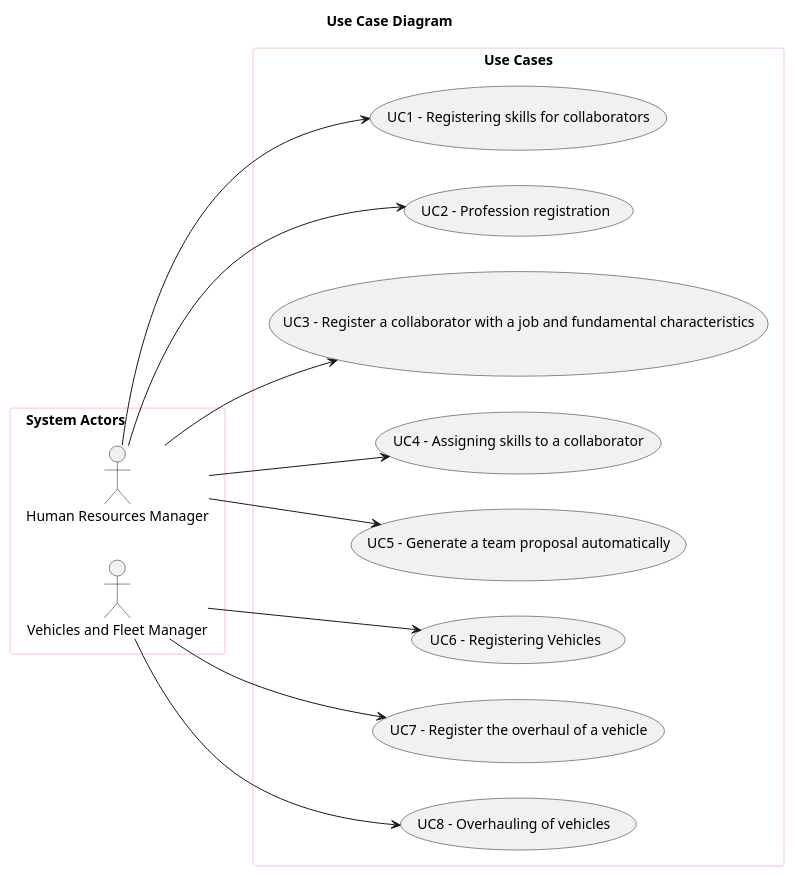
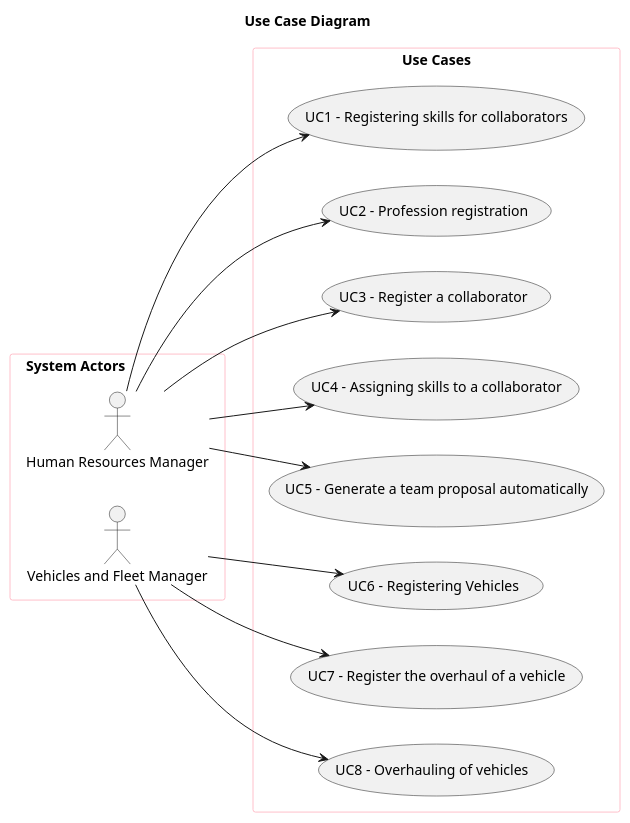
One commit to SAEmanuel/Green_Spaces_Management_ISEP changed the diagram in docs/sprintA/global-artifacts/01.requirements-engineering/puml/use-case-diagram.puml. Above: the diagram before and after it, drawn with PlantUML. The commit also changed 2 other files, not shown here.

```diff
--- a/docs/sprintA/global-artifacts/01.requirements-engineering/puml/use-case-diagram.puml
+++ b/docs/sprintA/global-artifacts/01.requirements-engineering/puml/use-case-diagram.puml
@@ -1,42 +1,42 @@
 @startuml
 'skinparam monochrome true
 skinparam packageStyle rectangle
 'skinparam shadowing false
 
 skinparam rectangle{
     BorderColor pink
 }
 
 title Use Case Diagram
 
 left to right direction
 
 rectangle "System Actors                       " as actors {
     actor "Human Resources Manager" as HRM
     actor "Vehicles and Fleet Manager" as FM
 
 }
 
 
 
 rectangle "Use Cases" as usecases{
     usecase "UC1 - Registering skills for collaborators" as UC1
     usecase "UC2 - Profession registration" as UC2
-    usecase "UC3 - Register a collaborator with a job and fundamental characteristics" as UC3
+    usecase "UC3 - Register a collaborator" as UC3
     usecase "UC4 - Assigning skills to a collaborator" as UC4
     usecase "UC5 - Generate a team proposal automatically" as UC5
     usecase "UC6 - Registering Vehicles" as UC6
     usecase "UC7 - Register the overhaul of a vehicle" as UC7
     usecase "UC8 - Overhauling of vehicles " as UC8
     HRM --> UC1
     HRM --> UC2
     HRM --> UC3
     HRM --> UC4
     HRM --> UC5
     FM --> UC6
     FM --> UC7
     FM --> UC8
 }
 
 
 @enduml
```
